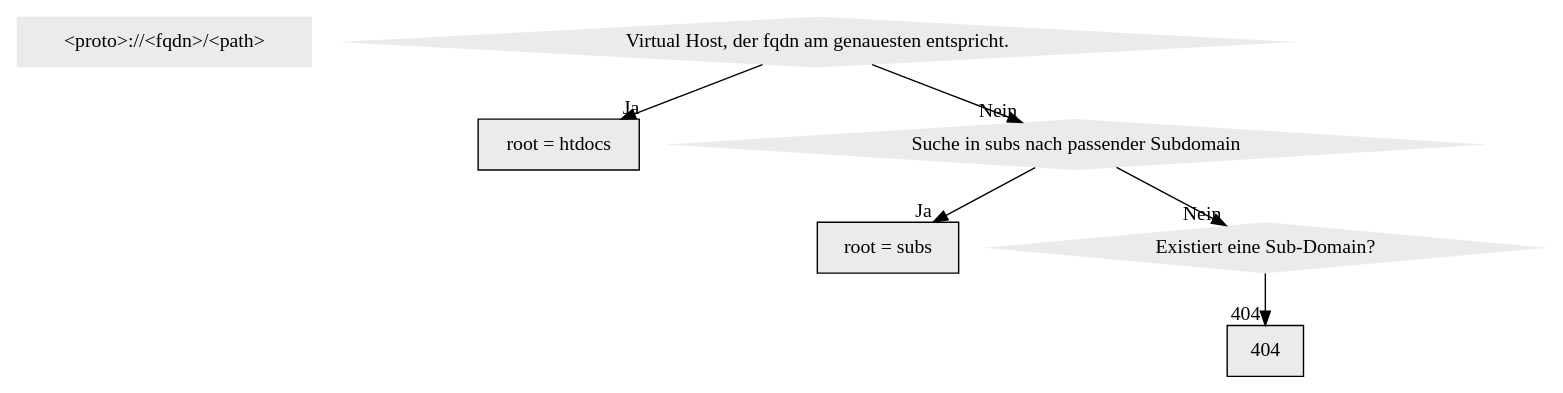
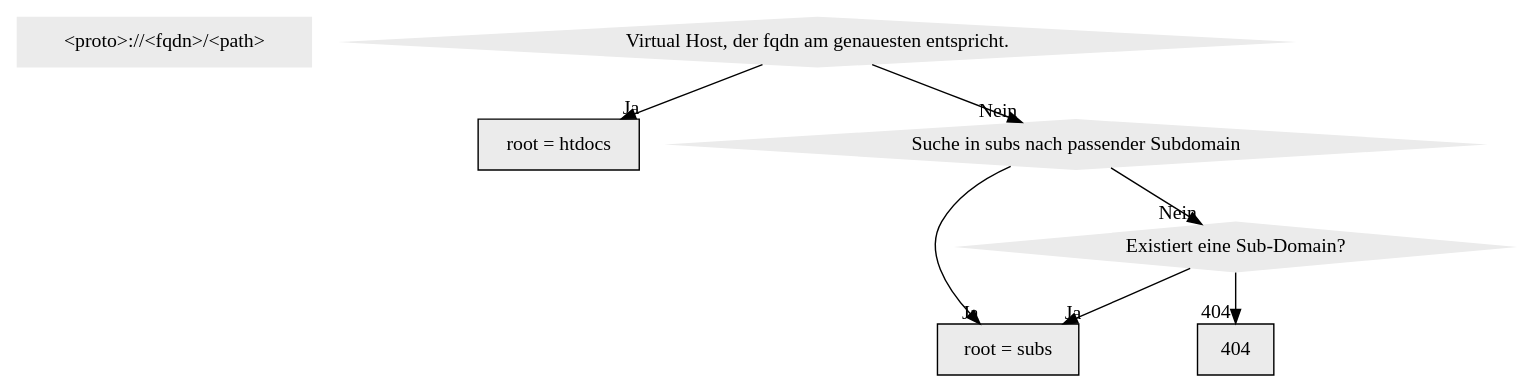
Before and after one commit to hostsharing/hs.docs.users: the diagram in source/administration/domain/filemap-ohne-ssl.dot, drawn with Graphviz.

Commit message:
test syntax

```diff
--- a/source/administration/domain/filemap-ohne-ssl.dot
+++ b/source/administration/domain/filemap-ohne-ssl.dot
@@ -1,20 +1,21 @@
 digraph d  { 
 	node [peripheries=0, style=filled, fillcolor="grey92", font=Helvetica, fontcolor=black]
 
 	enquire_information [shape=box, label="<proto>://<fqdn>/<path>" ]
 
 
     vh_check_fqdn [shape=diamond, label="Virtual Host, der fqdn am genauesten entspricht."]
 	root_htdocs_ok [shape=record, label="root = htdocs"]
 	root_search_in_subs [shape=diamond, label="Suche in subs nach passender Subdomain"]
     root_subs_ok [shape=record, label="root = subs"]
 	htdocsfallback_subs [shape=diamond, label="Existiert eine Sub-Domain? " ]
 	404 [shape=record, label="404"] 
         
 	
 	vh_check_fqdn -> root_htdocs_ok [headlabel="Ja"]
 	vh_check_fqdn -> root_search_in_subs [headlabel="Nein"]
 	root_search_in_subs -> root_subs_ok [headlabel="Ja"]
 	root_search_in_subs -> htdocsfallback_subs [headlabel="Nein"]
+	htdocsfallback_subs -> root_subs_ok [headlabel="Ja"]
 	htdocsfallback_subs -> 404 [headlabel="404"] 
 }
```
